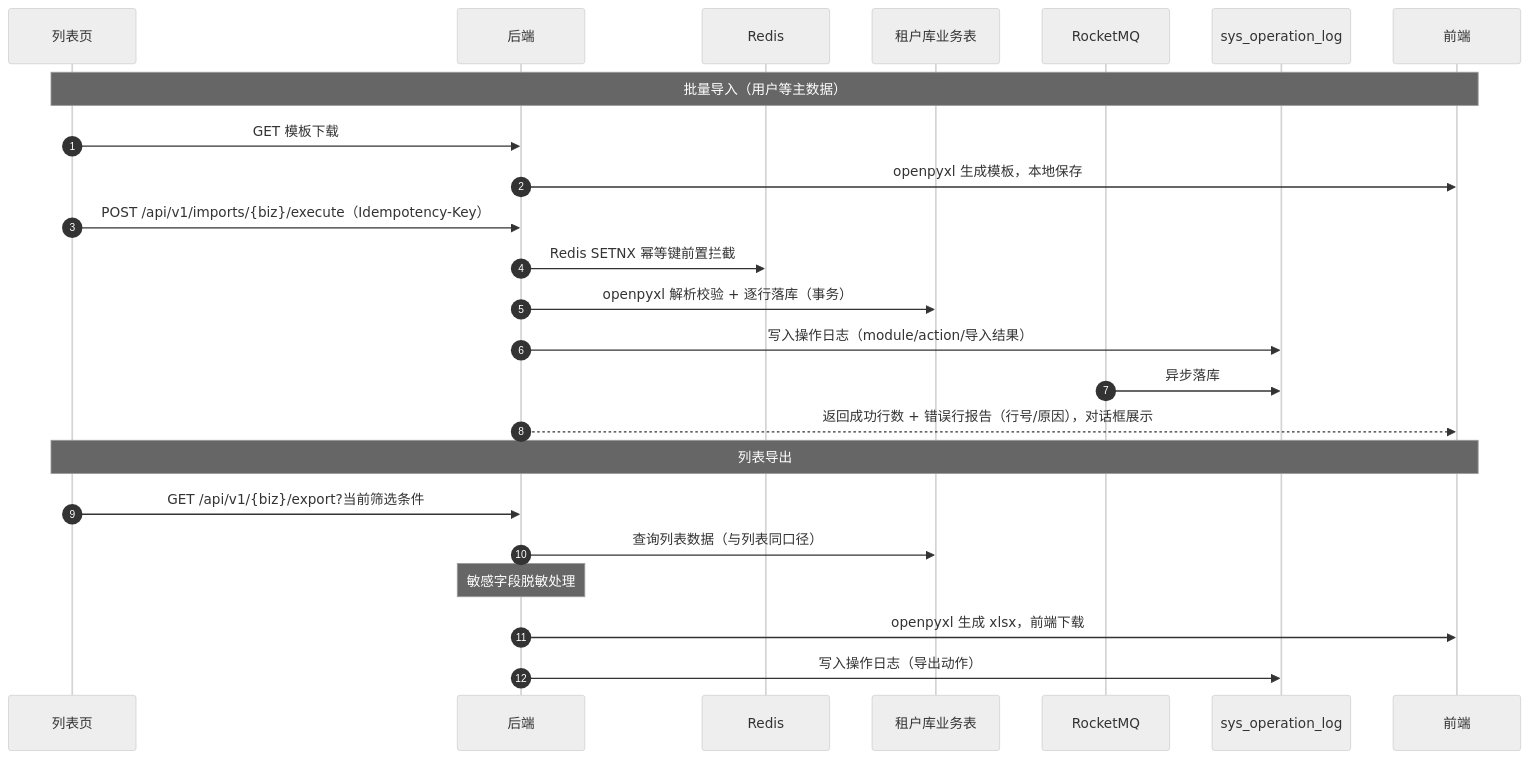
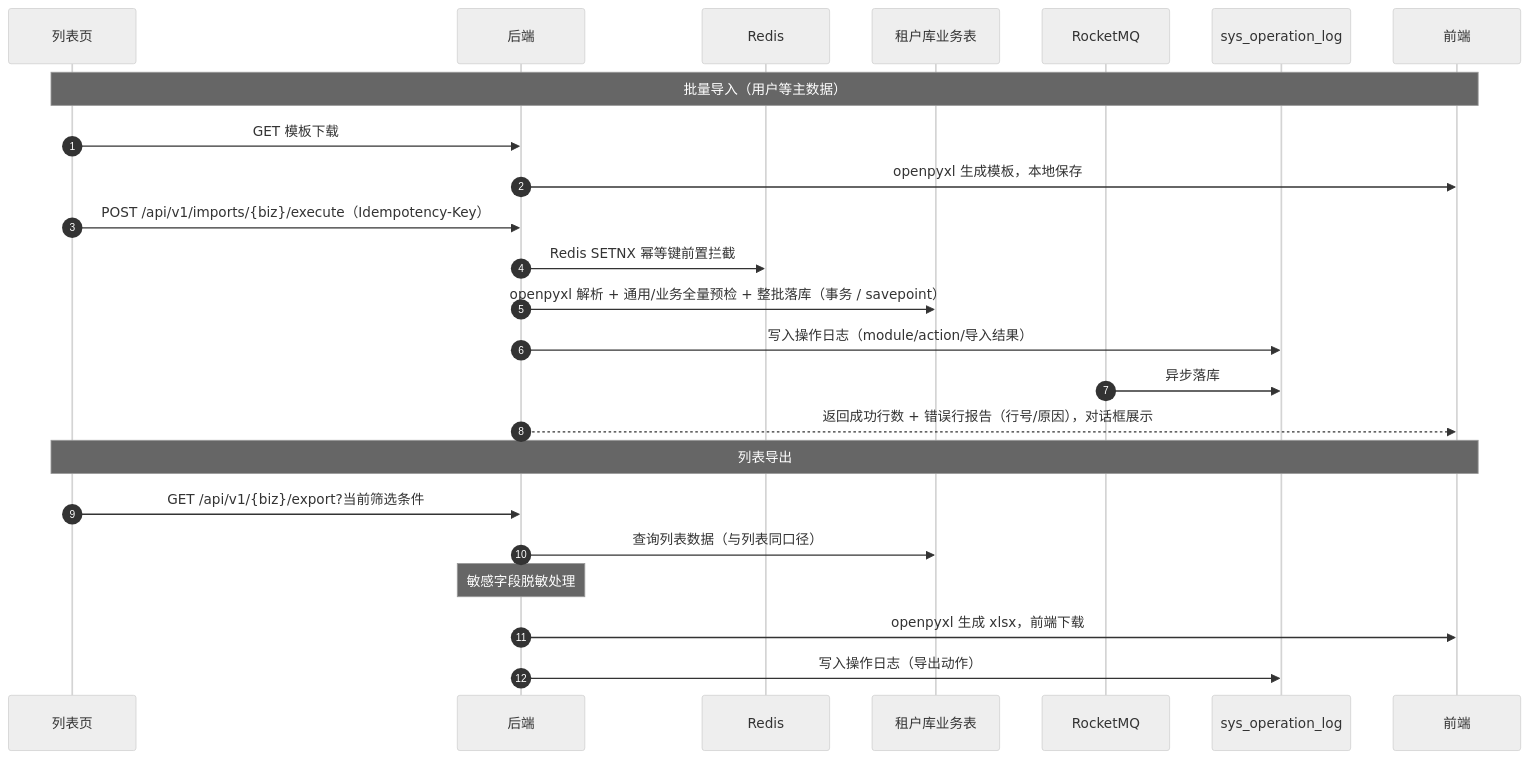
Before and after one commit to minjian123/basic-management-system: the diagram in bms文档/设计/概要设计/19_概要设计_导入导出.md, drawn with Mermaid (neutral theme). The commit also changed other lines of this file and 12 other files, not shown here.

````diff
--- a/bms文档/设计/概要设计/19_概要设计_导入导出.md
+++ b/bms文档/设计/概要设计/19_概要设计_导入导出.md
@@ -57,27 +57,27 @@
 ```mermaid
 sequenceDiagram
     autonumber
     participant 列表页
     participant 后端
     participant Redis
     participant 业务表 as 租户库业务表
     participant RocketMQ
     participant 操作日志 as sys_operation_log
     participant 前端
 
     Note over 列表页,前端: 批量导入（用户等主数据）
     列表页->>后端: GET 模板下载
     后端->>前端: openpyxl 生成模板，本地保存
     列表页->>后端: POST /api/v1/imports/{biz}/execute（Idempotency-Key）
     后端->>Redis: Redis SETNX 幂等键前置拦截
-    后端->>业务表: openpyxl 解析校验 + 逐行落库（事务）
+    后端->>业务表: openpyxl 解析 + 通用/业务全量预检 + 整批落库（事务 / savepoint）
     后端->>操作日志: 写入操作日志（module/action/导入结果）
     RocketMQ->>操作日志: 异步落库
     后端-->>前端: 返回成功行数 + 错误行报告（行号/原因），对话框展示
     Note over 列表页,前端: 列表导出
     列表页->>后端: GET /api/v1/{biz}/export?当前筛选条件
     后端->>业务表: 查询列表数据（与列表同口径）
     Note over 后端: 敏感字段脱敏处理
     后端->>前端: openpyxl 生成 xlsx，前端下载
     后端->>操作日志: 写入操作日志（导出动作）
 ```
````
